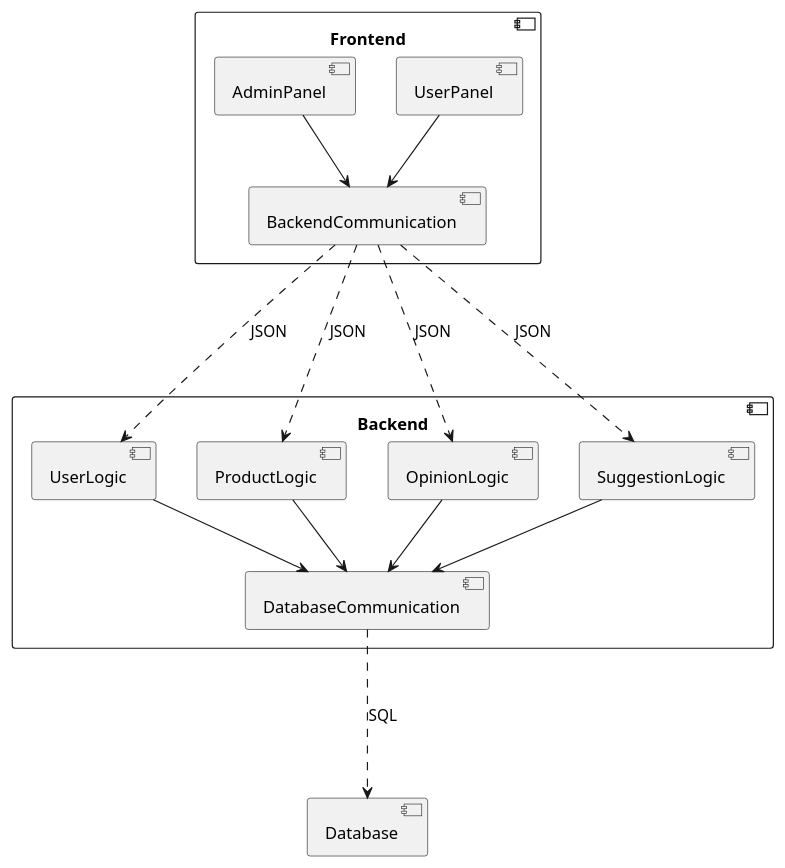
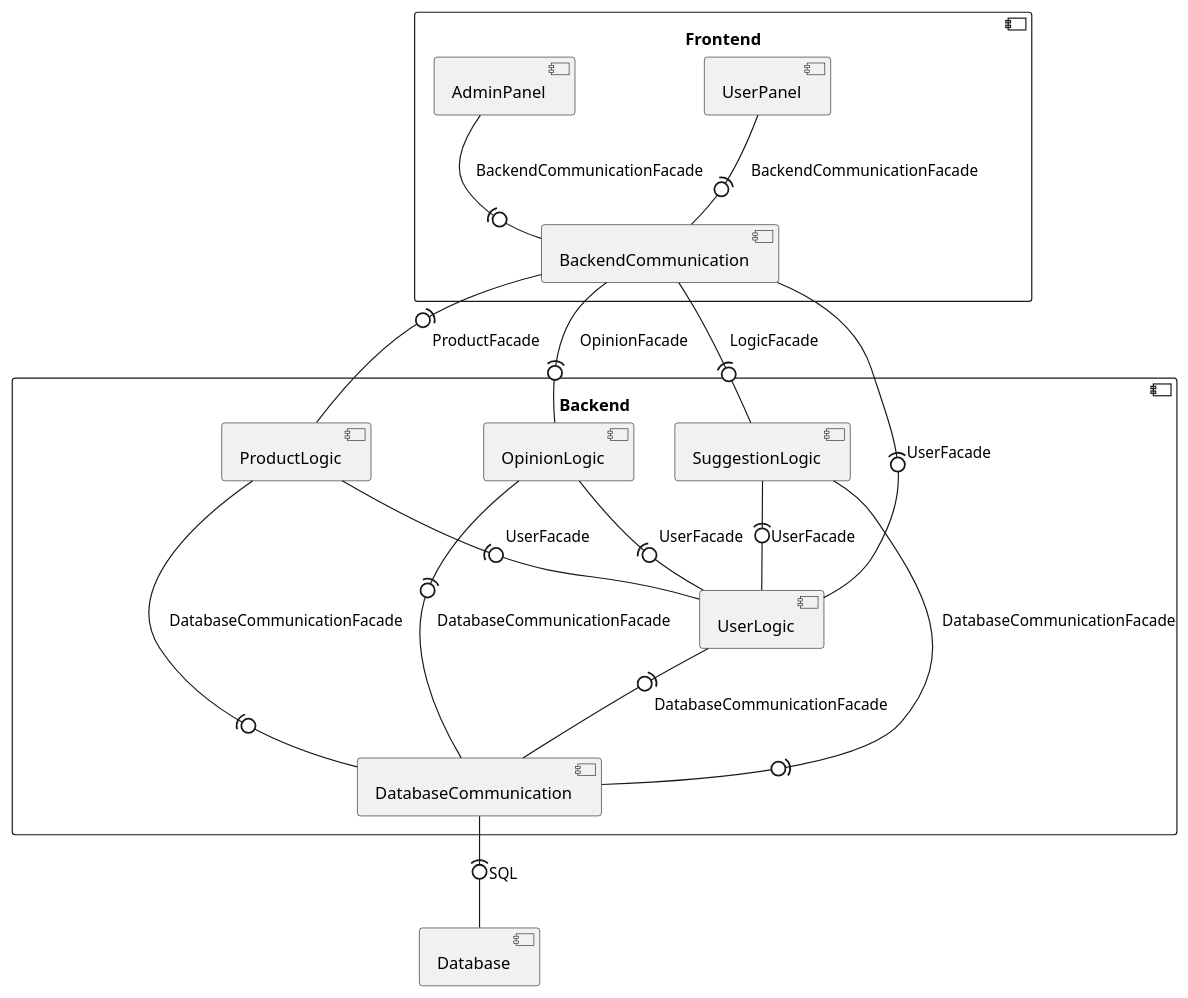
The first of 5 diagrams in README.md (RadekBucki/OpinionCollectorArchitecture), drawn with PlantUML before and after one commit. The commit also changed 7 other files, not shown here.

````diff
--- a/README.md
+++ b/README.md
@@ -7,47 +7,51 @@
 ```plantuml
 @startuml
 component Frontend {
     component UserPanel {
     }
     
     component AdminPanel {
     }
     
     component BackendCommunication {
     }
 }
 
 component Backend {
     component UserLogic {
     }
     component ProductLogic {
     }
     component OpinionLogic {
     }
     component SuggestionLogic {
     }
     
     component DatabaseCommunication {
     }
 }
 
 component Database {
 }
 
-DatabaseCommunication ...> Database: SQL
+DatabaseCommunication -(0- Database: SQL
 
-UserLogic             -->  DatabaseCommunication
-ProductLogic          -->  DatabaseCommunication
-OpinionLogic          -->  DatabaseCommunication
-SuggestionLogic       -->  DatabaseCommunication
+UserLogic             -(0- DatabaseCommunication : DatabaseCommunicationFacade
+ProductLogic          -(0- DatabaseCommunication : DatabaseCommunicationFacade
+OpinionLogic          -(0- DatabaseCommunication : DatabaseCommunicationFacade
+SuggestionLogic       -(0- DatabaseCommunication : DatabaseCommunicationFacade
 
-BackendCommunication  ...> UserLogic: JSON
-BackendCommunication  ...> ProductLogic: JSON
-BackendCommunication  ...> OpinionLogic: JSON
-BackendCommunication  ...> SuggestionLogic: JSON
+BackendCommunication  -(0- UserLogic       : UserFacade
+BackendCommunication  -(0- ProductLogic    : ProductFacade
+BackendCommunication  -(0- OpinionLogic    : OpinionFacade
+BackendCommunication  -(0- SuggestionLogic : LogicFacade
 
-UserPanel             -->  BackendCommunication
-AdminPanel            -->  BackendCommunication
+ProductLogic          -(0- UserLogic : UserFacade
+OpinionLogic          -(0- UserLogic : UserFacade
+SuggestionLogic       -(0- UserLogic : UserFacade
+
+UserPanel             -(0- BackendCommunication : BackendCommunicationFacade
+AdminPanel            -(0- BackendCommunication : BackendCommunicationFacade
 
 @enduml 
 ```
````
